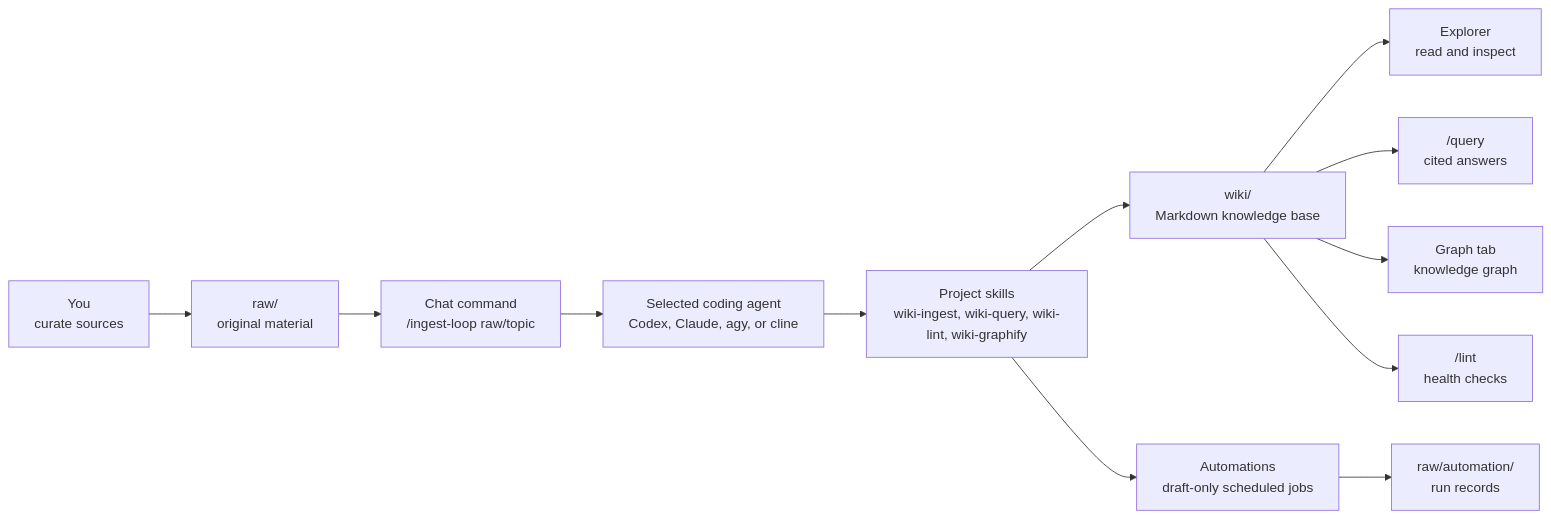
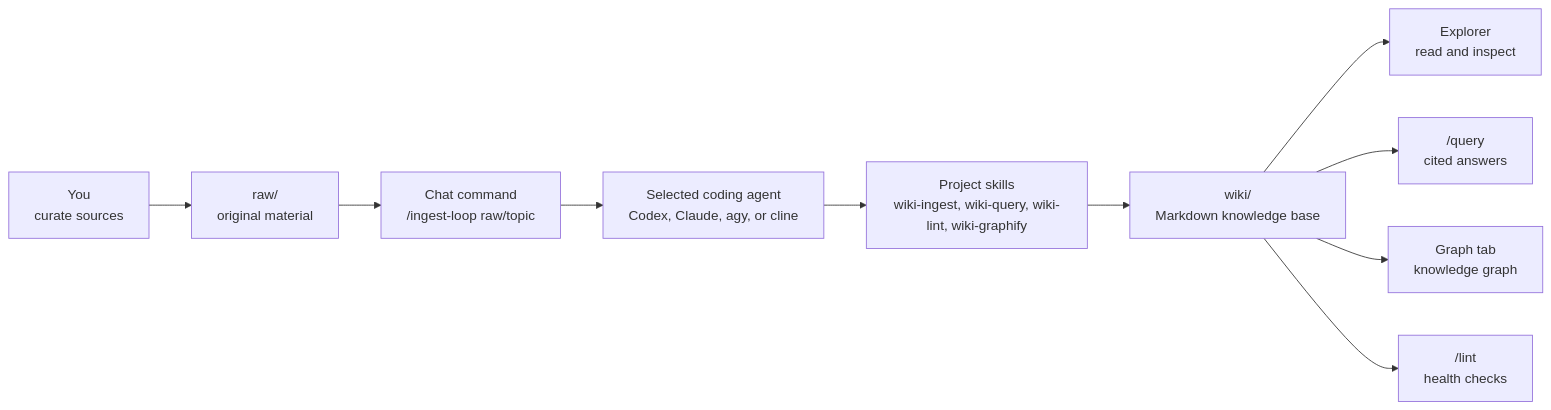
Before and after one commit to hjhun/llm-wiki: the diagram in README.md, drawn with Mermaid. The commit also changed other lines of this file, not shown here.

````diff
--- a/README.md
+++ b/README.md
@@ -28,14 +84,12 @@
 ```mermaid
 flowchart LR
     User["You<br/>curate sources"] --> Raw["raw/<br/>original material"]
     Raw --> Chat["Chat command<br/>/ingest-loop raw/topic"]
     Chat --> Agent["Selected coding agent<br/>Codex, Claude, agy, or cline"]
     Agent --> Skills["Project skills<br/>wiki-ingest, wiki-query, wiki-lint, wiki-graphify"]
     Skills --> Wiki["wiki/<br/>Markdown knowledge base"]
     Wiki --> Explorer["Explorer<br/>read and inspect"]
     Wiki --> Query["/query<br/>cited answers"]
     Wiki --> Graph["Graph tab<br/>knowledge graph"]
     Wiki --> Lint["/lint<br/>health checks"]
-    Skills --> Automation["Automations<br/>draft-only scheduled jobs"]
-    Automation --> RawAutomation["raw/automation/<br/>run records"]
 ```
````
